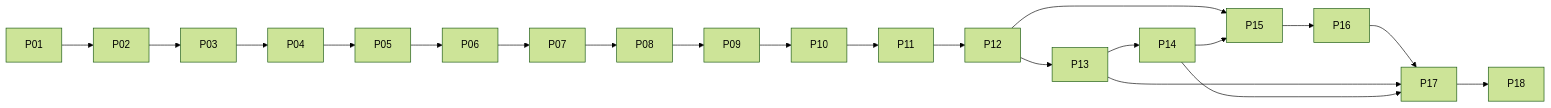
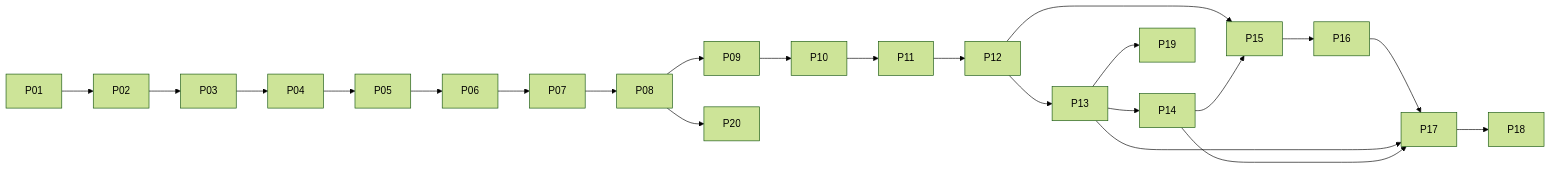
Before and after one commit to takemo101/ambien: the diagram in docs/implementation-plan.md, drawn with Mermaid (forest theme). The commit also changed other lines of this file and 1 other file, not shown here.

````diff
--- a/docs/implementation-plan.md
+++ b/docs/implementation-plan.md
@@ -108,8 +108,10 @@
 ```mermaid
 flowchart LR
  P01 --> P02 --> P03 --> P04 --> P05 --> P06 --> P07 --> P08 --> P09 --> P10 --> P11 --> P12 --> P13 --> P14
  P12 --> P15
+ P13 --> P19
+ P08 --> P20
  P14 --> P15 --> P16 --> P17 --> P18
  P13 --> P17
  P14 --> P17
 ```
````
